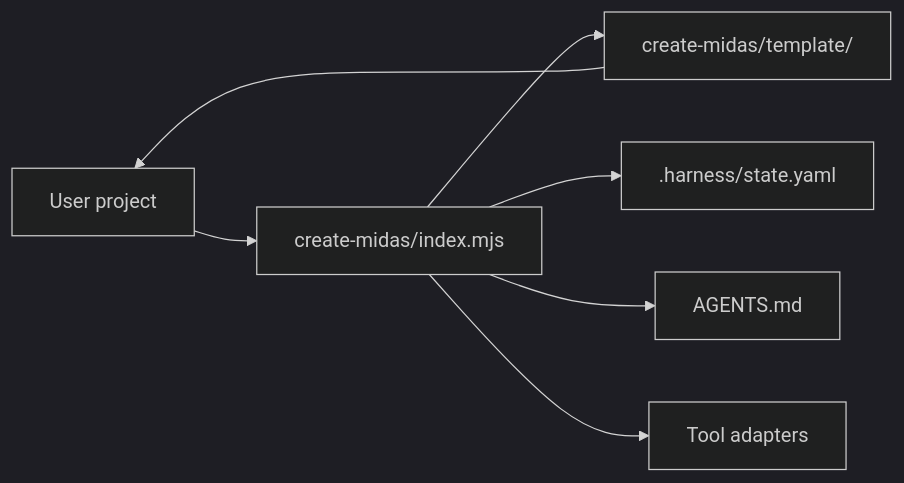
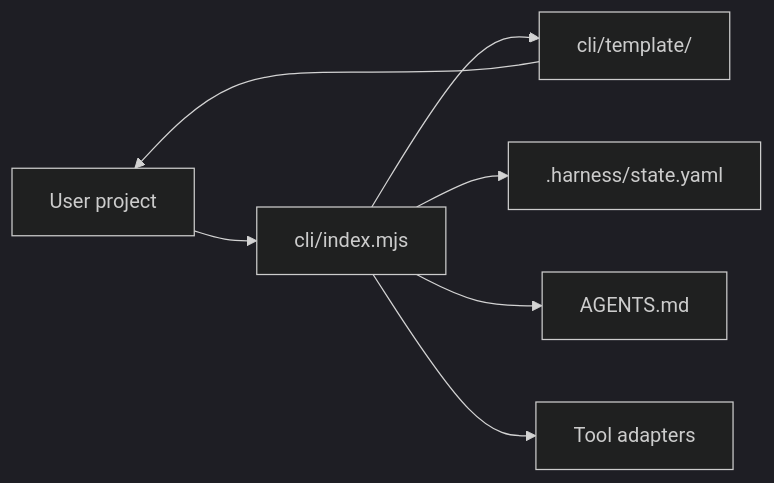
One commit to okuzpe/midas-harness changed the second of 2 diagrams in docs/repository-architecture.md. Above: the diagram before and after it, drawn with Mermaid (dark theme). The commit also changed other lines of this file and 837 other files, not shown here.

````diff
--- a/docs/repository-architecture.md
+++ b/docs/repository-architecture.md
@@ -97,16 +99,16 @@
 ```mermaid
 flowchart LR
   User["User project"]
-  Installer["create-midas/index.mjs"]
-  Template["create-midas/template/"]
+  Installer["cli/index.mjs"]
+  Template["cli/template/"]
   State[".harness/state.yaml"]
   ProjectLaw["AGENTS.md"]
   Adapters["Tool adapters"]
 
   User --> Installer
   Installer --> Template
   Template --> User
   Installer --> State
   Installer --> ProjectLaw
   Installer --> Adapters
 ```
````
